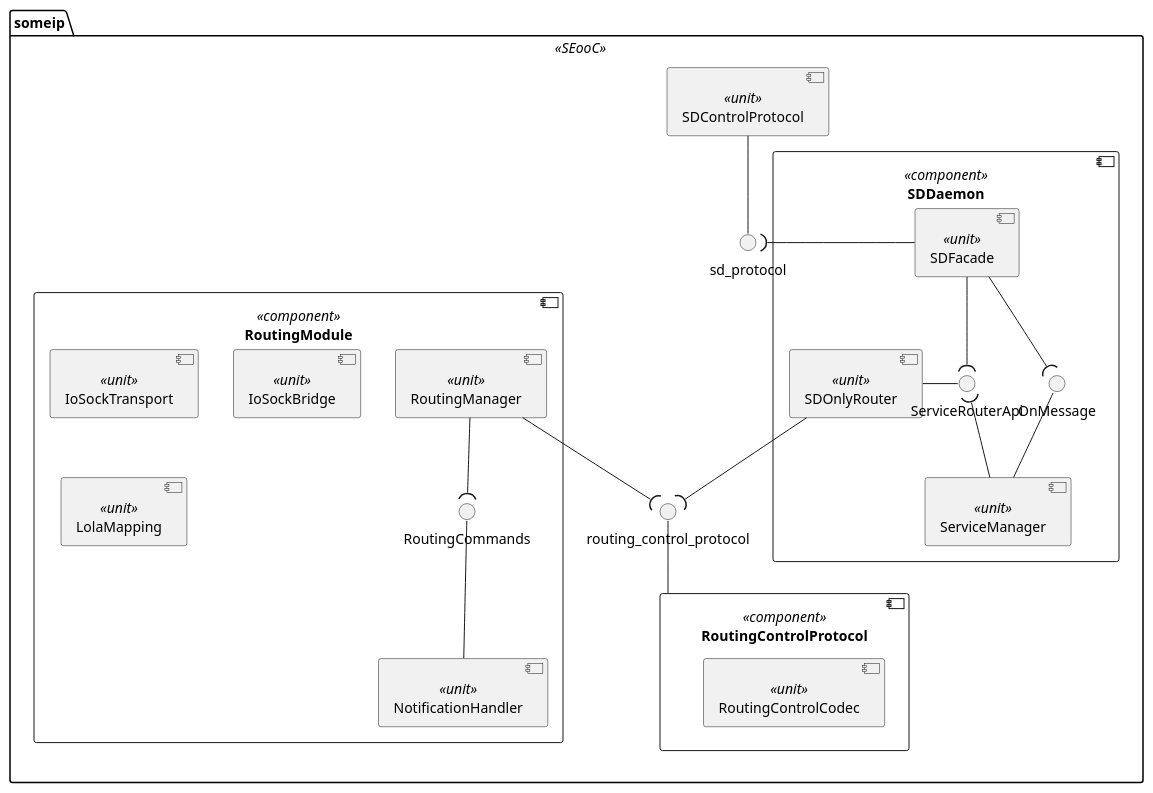
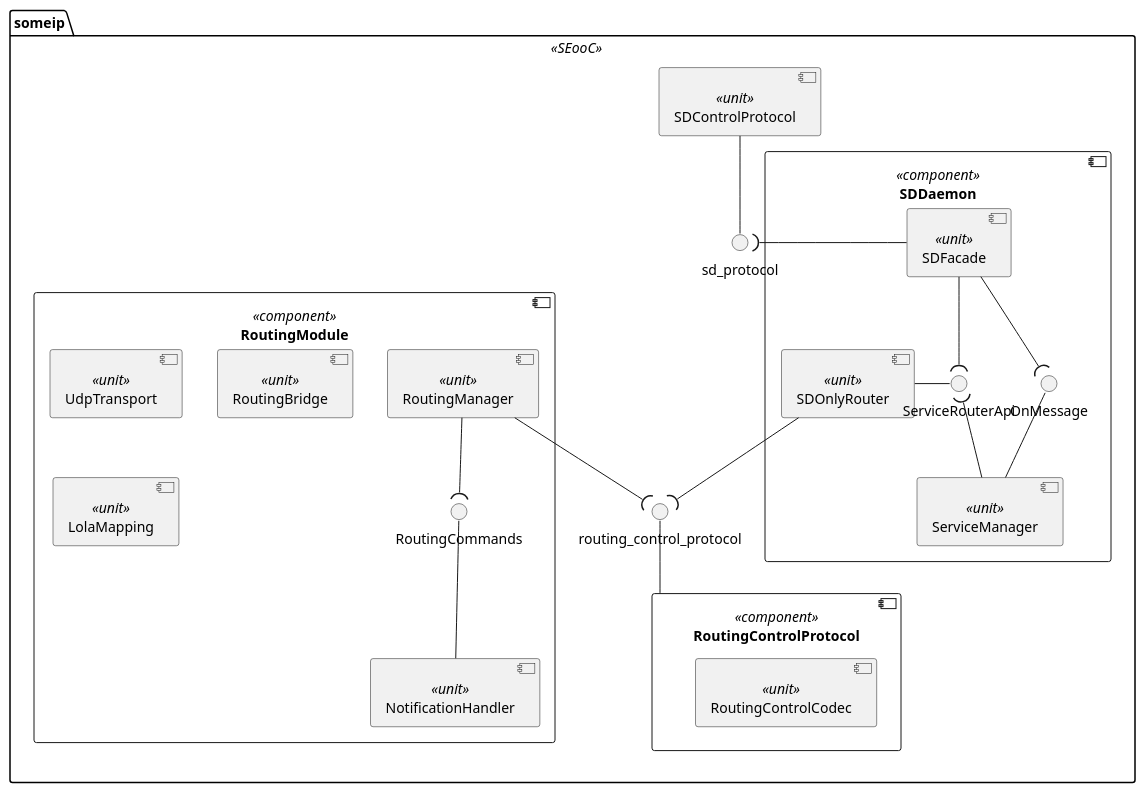
One commit to eclipse-score/communication changed the diagram in score/someip/dependability/architectural_design/static_design/overall.puml. Above: the diagram before and after it, drawn with PlantUML. The commit also changed 80 other files, not shown here.

First line of the commit message:
someip: add platform-neutral UDP receive transport

```diff
--- a/score/someip/dependability/architectural_design/static_design/overall.puml
+++ b/score/someip/dependability/architectural_design/static_design/overall.puml
@@ -13,49 +13,49 @@
 @startuml SomeIp_StaticDesign
 
 package someip <<SEooC>> {
 
   component SDControlProtocol <<unit>>
   component RoutingControlProtocol <<component>> {
     component RoutingControlCodec <<unit>>
   }
 
 
   interface sd_protocol
   interface routing_control_protocol
 
   RoutingControlProtocol -u- routing_control_protocol
   SDControlProtocol -d- sd_protocol
 
   component SDDaemon <<component>> {
     component ServiceManager <<unit>>
     component SDFacade <<unit>>
     component SDOnlyRouter <<unit>>
 
     interface OnMessage
     interface ServiceRouterApi
 
     SDFacade --( OnMessage
     ServiceManager -u- OnMessage
     SDFacade --( ServiceRouterApi
     ServiceManager -l-( ServiceRouterApi
     SDOnlyRouter -r- ServiceRouterApi
     SDOnlyRouter --( routing_control_protocol
     SDFacade -l-( sd_protocol
   }
 
   component RoutingModule <<component>> {
     component NotificationHandler <<unit>>
     component RoutingManager <<unit>>
-    component IoSockTransport <<unit>>
-    component IoSockBridge <<unit>>
+    component UdpTransport <<unit>>
+    component RoutingBridge <<unit>>
     component LolaMapping <<unit>>
 
     interface RoutingCommands
 
     NotificationHandler -u- RoutingCommands
     RoutingManager --( RoutingCommands
     RoutingManager --( routing_control_protocol
   }
 }
 
 @enduml
```
